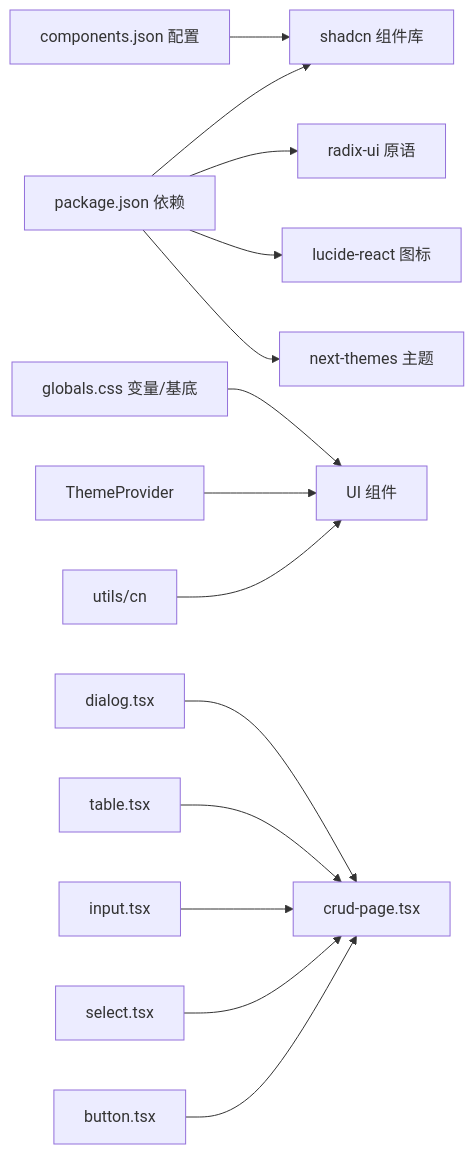
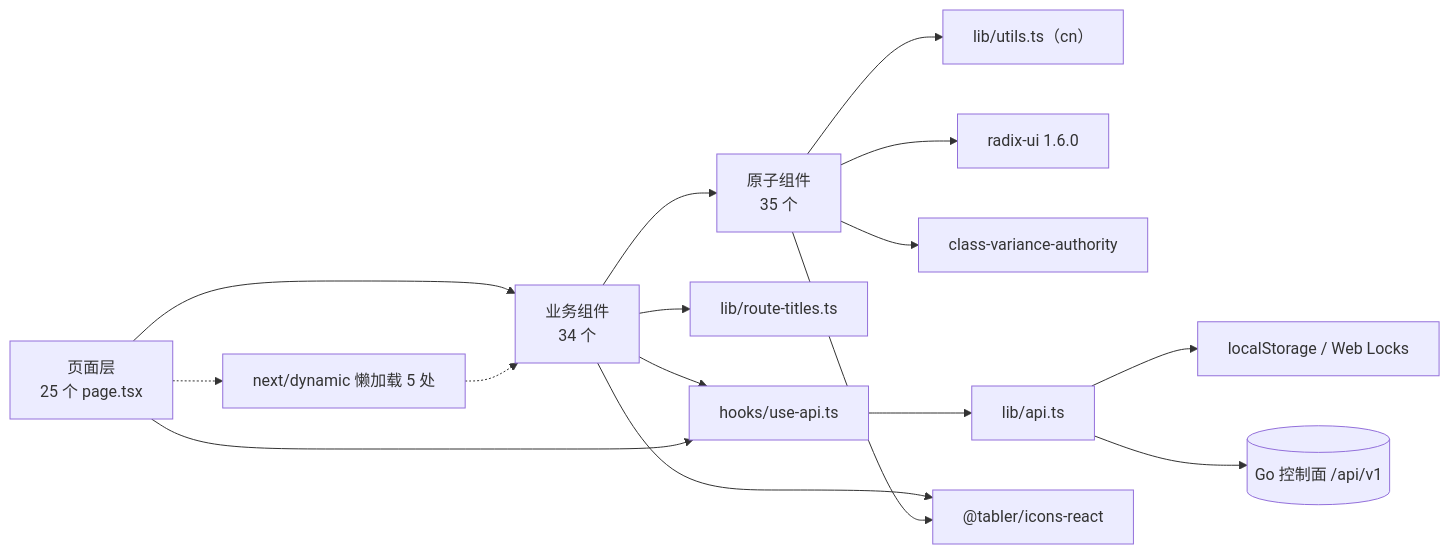
Before and after one commit to x01n/My-OpenWaf: the sixth of 6 diagrams in docs/前端管理界面/组件设计模式/组件设计模式.md, drawn with Mermaid. The commit also changed other lines of this file and 622 other files, not shown here.

````diff
--- a/docs/前端管理界面/组件设计模式/组件设计模式.md
+++ b/docs/前端管理界面/组件设计模式/组件设计模式.md
@@ -399,16 +543,18 @@
 ```mermaid
 graph LR
-PKG["package.json 依赖"] --> SHADCN["shadcn 组件库"]
-PKG --> RADIX["radix-ui 原语"]
-PKG --> LUCIDE["lucide-react 图标"]
-PKG --> NEXTTHEMES["next-themes 主题"]
-CFG["components.json 配置"] --> SHADCN
-CSS["globals.css 变量/基底"] --> UI["UI 组件"]
-THEME["ThemeProvider"] --> UI
-UTIL["utils/cn"] --> UI
-D["dialog.tsx"] --> CRUD["crud-page.tsx"]
-T["table.tsx"] --> CRUD
-IN["input.tsx"] --> CRUD
-SE["select.tsx"] --> CRUD
-BTN["button.tsx"] --> CRUD
+  PAGE["页面层<br/>25 个 page.tsx"] --> BIZ["业务组件<br/>34 个"]
+  BIZ --> ATOM["原子组件<br/>35 个"]
+  ATOM --> U2["lib/utils.ts（cn）"]
+  ATOM --> RADIX["radix-ui 1.6.0"]
+  ATOM --> CVAX["class-variance-authority"]
+  BIZ --> RT["lib/route-titles.ts"]
+  BIZ --> HOOKS["hooks/use-api.ts"]
+  PAGE --> HOOKS
+  HOOKS --> API2["lib/api.ts"]
+  API2 --> LS["localStorage / Web Locks"]
+  API2 --> BE[("Go 控制面 /api/v1")]
+  BIZ --> ICONS["@tabler/icons-react"]
+  ATOM --> ICONS
+  PAGE -.-> DYN["next/dynamic 懒加载 5 处"]
+  DYN -.-> BIZ
 ```
````
